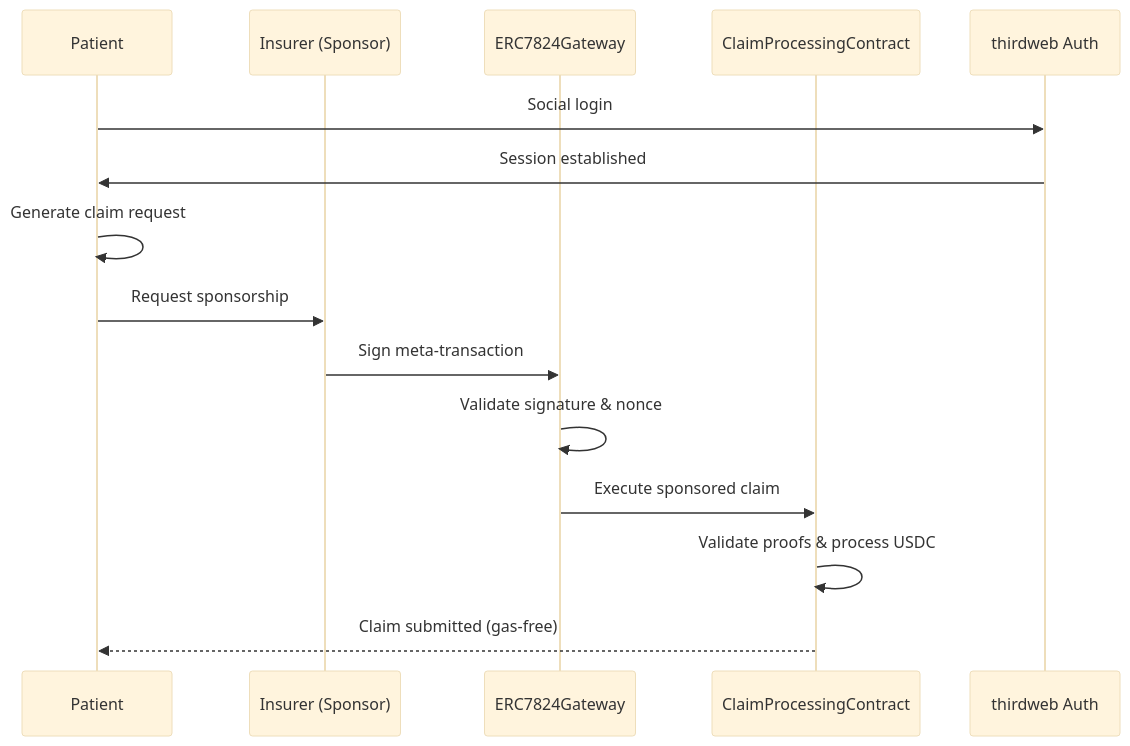
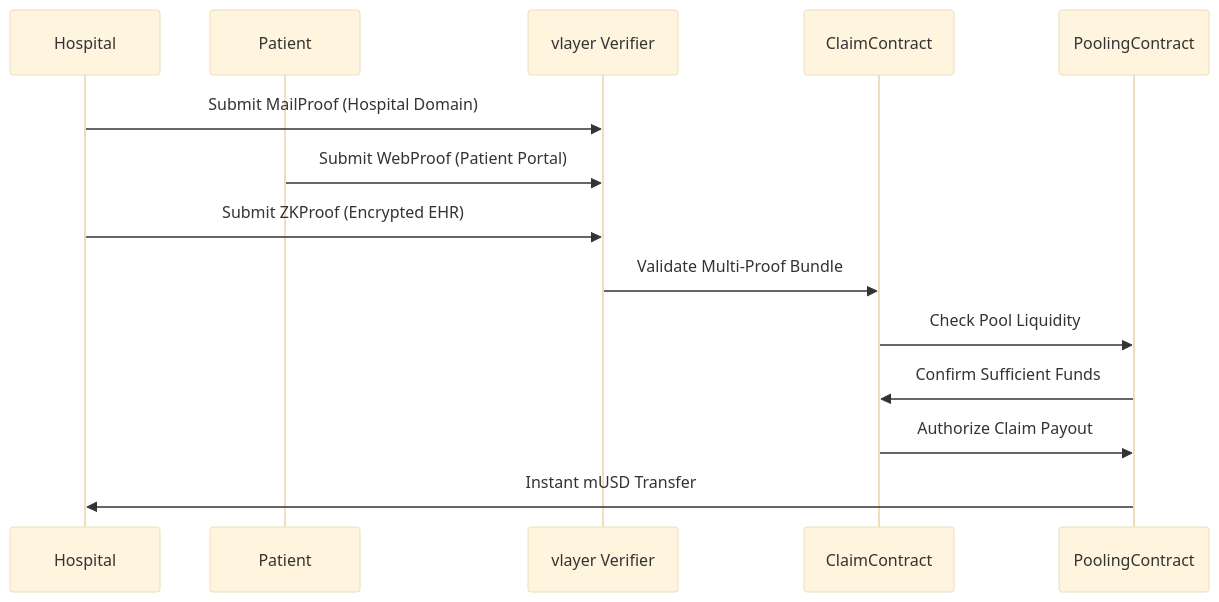
Before and after one commit to ppezzull/zkMed: the fifth of 18 diagrams in memory-bank/systemPatterns.md, drawn with Mermaid (base theme). The commit also changed other lines of this file and 10 other files, not shown here.

````diff
--- a/memory-bank/systemPatterns.md
+++ b/memory-bank/systemPatterns.md
@@ -144,18 +121,18 @@
 ```mermaid
 sequenceDiagram
+    participant H as Hospital
     participant P as Patient
-    participant I as Insurer (Sponsor)
-    participant G as ERC7824Gateway
-    participant C as ClaimProcessingContract
-    participant T as thirdweb Auth
+    participant V as vlayer Verifier
+    participant C as ClaimContract
+    participant Pool as PoolingContract
     
-    P->>T: Social login
-    T->>P: Session established
-    P->>P: Generate claim request
-    P->>I: Request sponsorship
-    I->>G: Sign meta-transaction
-    G->>G: Validate signature & nonce
-    G->>C: Execute sponsored claim
-    C->>C: Validate proofs & process USDC
-    C-->>P: Claim submitted (gas-free)
+    H->>V: Submit MailProof (Hospital Domain)
+    P->>V: Submit WebProof (Patient Portal)
+    H->>V: Submit ZKProof (Encrypted EHR)
+    
+    V->>C: Validate Multi-Proof Bundle
+    C->>Pool: Check Pool Liquidity
+    Pool->>C: Confirm Sufficient Funds
+    C->>Pool: Authorize Claim Payout
+    Pool->>H: Instant mUSD Transfer
 ```
````
